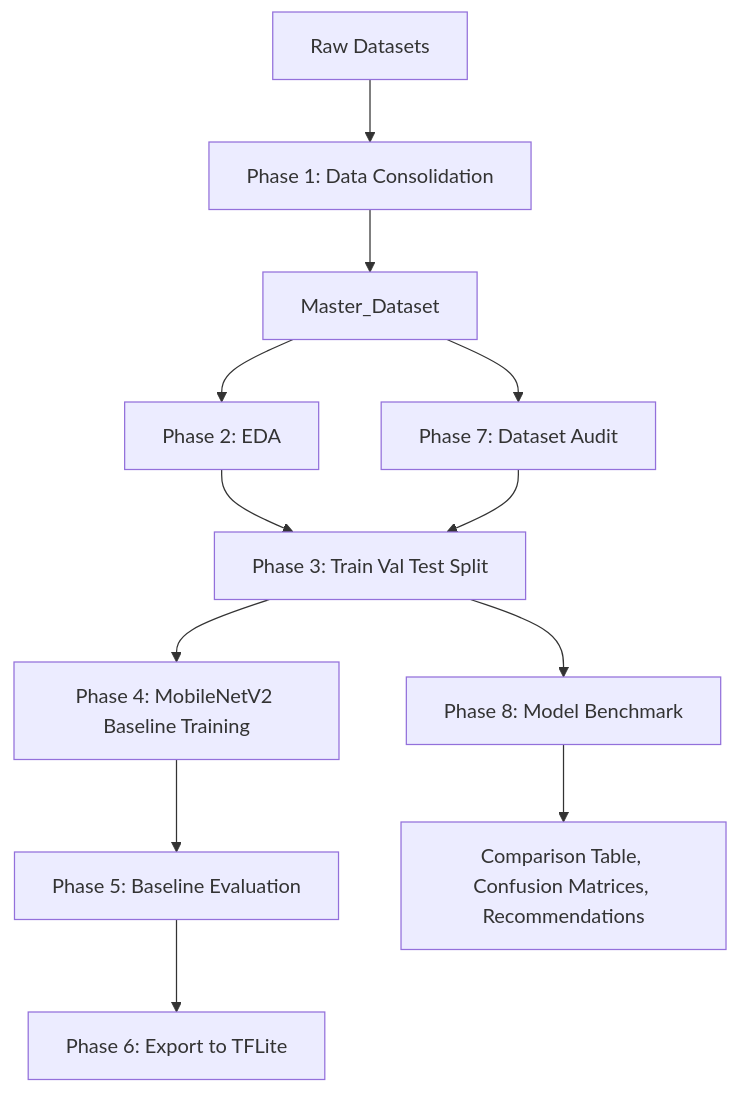
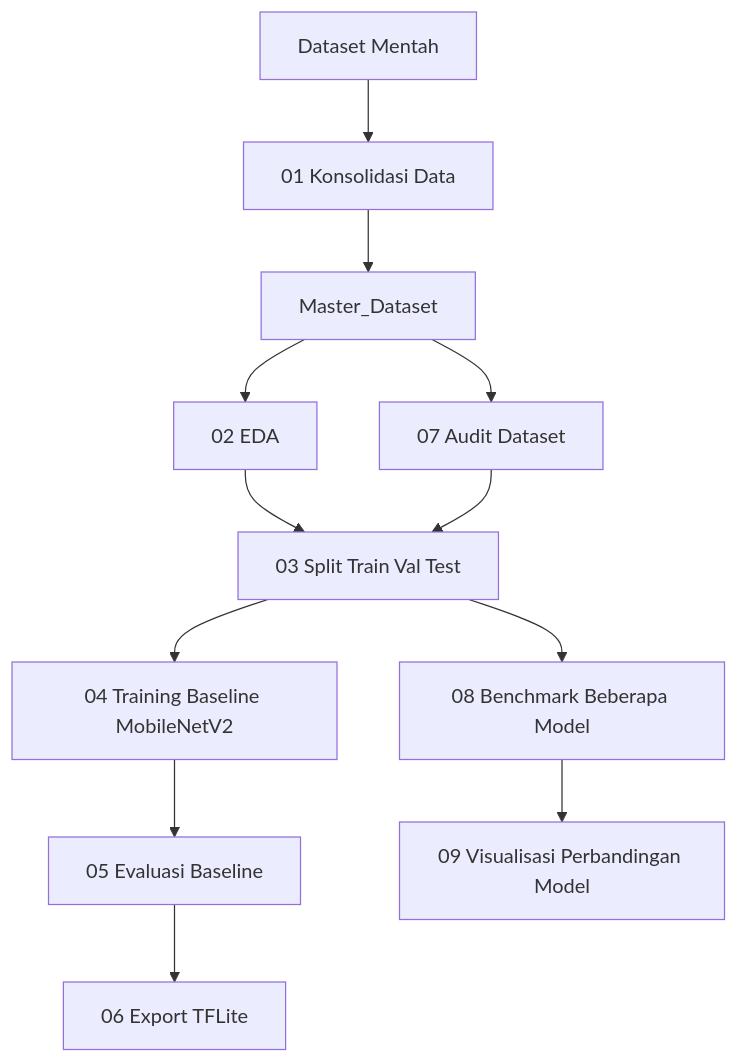
One commit to RahmatHadinata23758051/Kakao-Klasifikasi changed the diagram in README.md. Above: the diagram before and after it, drawn with Mermaid. The commit also changed other lines of this file, not shown here.

````diff
--- a/README.md
+++ b/README.md
@@ -29,14 +37,14 @@
 ```mermaid
 graph TD
-    A[Raw Datasets] --> B[Phase 1: Data Consolidation]
+    A[Dataset Mentah] --> B[01 Konsolidasi Data]
     B --> C[Master_Dataset]
-    C --> D[Phase 2: EDA]
-    C --> E[Phase 7: Dataset Audit]
-    D --> F[Phase 3: Train Val Test Split]
+    C --> D[02 EDA]
+    C --> E[07 Audit Dataset]
+    D --> F[03 Split Train Val Test]
     E --> F
-    F --> G[Phase 4: MobileNetV2 Baseline Training]
-    G --> H[Phase 5: Baseline Evaluation]
-    H --> I[Phase 6: Export to TFLite]
-    F --> J[Phase 8: Model Benchmark]
-    J --> K[Comparison Table, Confusion Matrices, Recommendations]
+    F --> G[04 Training Baseline MobileNetV2]
+    G --> H[05 Evaluasi Baseline]
+    H --> I[06 Export TFLite]
+    F --> J[08 Benchmark Beberapa Model]
+    J --> K[09 Visualisasi Perbandingan Model]
 ```
````
